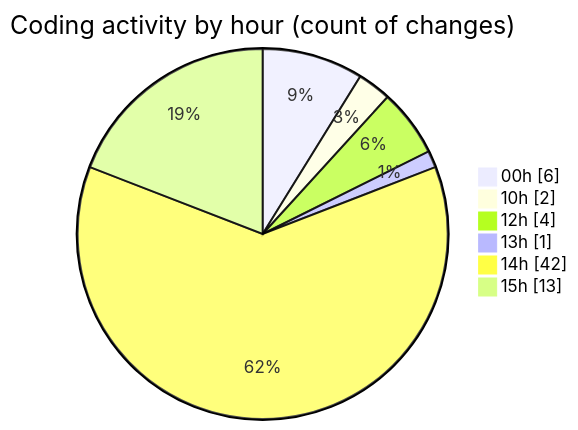
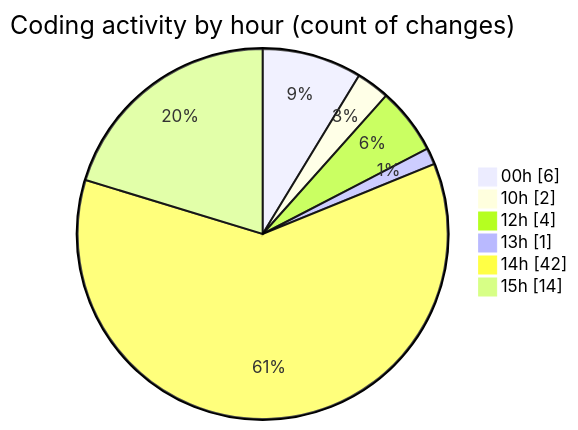
One commit to nxtqubesakshisongat/code-tracking changed the second of 2 diagrams in 2025-06-04/nxtqube_webapp/README.md. Above: the diagram before and after it, drawn with Mermaid. The commit also changed other lines of this file and 1 other file, not shown here.

````diff
--- a/2025-06-04/nxtqube_webapp/README.md
+++ b/2025-06-04/nxtqube_webapp/README.md
@@ -34,10 +34,10 @@
 ```mermaid
 pie showData
 title Coding activity by hour (count of changes)
 "00h" : 6
 "10h" : 2
 "12h" : 4
 "13h" : 1
 "14h" : 42
-"15h" : 13
+"15h" : 14
 ```
````
